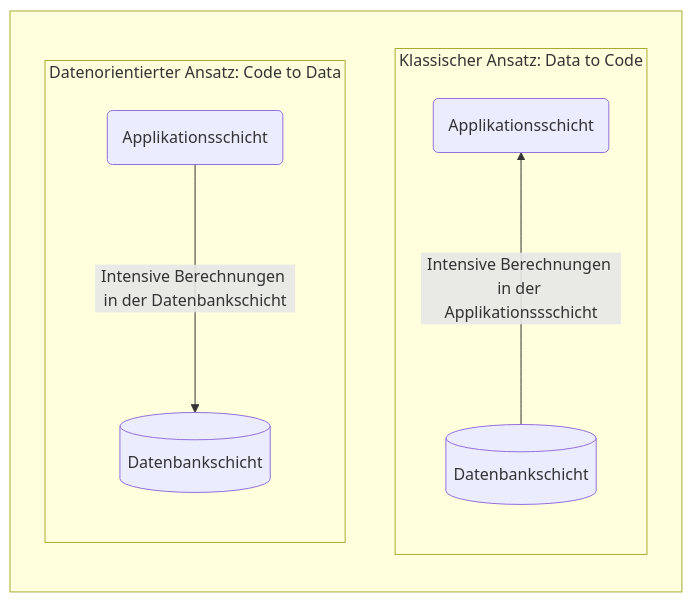
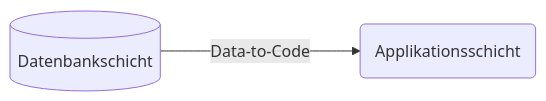
The first of 2 diagrams in docs/documentation/abap-cds/abap-cds.md (appenmaier/s4hana), drawn with Mermaid before and after one commit. The commit also changed other lines of this file and 15 other files, not shown here.

Commit message:
update cookbook and mermaid

````diff
--- a/docs/documentation/abap-cds/abap-cds.md
+++ b/docs/documentation/abap-cds/abap-cds.md
@@ -10,17 +10,4 @@
 ```mermaid
 flowchart LR
-
-    subgraph " "
-
-        subgraph "Klassischer Ansatz: Data to Code"
-            direction BT
-            database[(Datenbankschicht)] --Intensive Berechnungen in der Applikationssschicht---> application(Applikationsschicht)
-        end
-
-        subgraph "Datenorientierter Ansatz: Code to Data"
-            direction TB
-            application2(Applikationsschicht) --Intensive Berechnungen in der Datenbankschicht---> database2[(Datenbankschicht)]
-        end
-
-    end
+    database[(Datenbankschicht)] --Data-to-Code---> application(Applikationsschicht)
 ```
````
